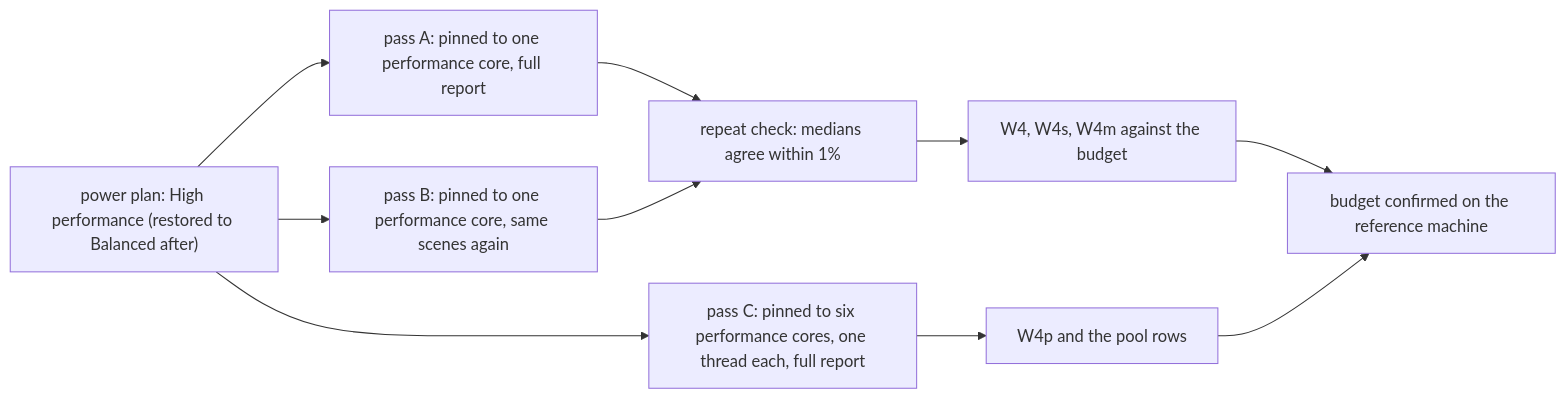
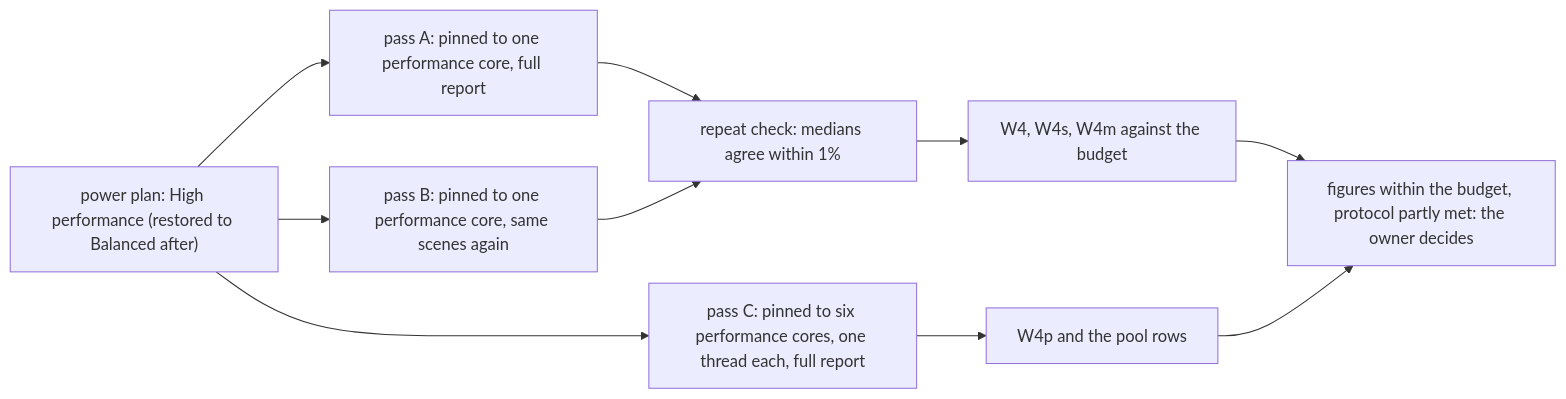
One commit to giamat90/DuckEngine changed the diagram in docs/budgets/physics-benchmark-8-85.md. Above: the diagram before and after it, drawn with Mermaid. The commit also changed other lines of this file and 1 other file, not shown here.

````diff
--- a/docs/budgets/physics-benchmark-8-85.md
+++ b/docs/budgets/physics-benchmark-8-85.md
@@ -5,12 +5,12 @@
 ```mermaid
 flowchart LR
   P["power plan: High performance (restored to Balanced after)"] --> A["pass A: pinned to one performance core, full report"]
   P --> B["pass B: pinned to one performance core, same scenes again"]
   P --> C["pass C: pinned to six performance cores, one thread each, full report"]
   A --> R["repeat check: medians agree within 1%"]
   B --> R
   R --> T["W4, W4s, W4m against the budget"]
   C --> W["W4p and the pool rows"]
-  T --> V["budget confirmed on the reference machine"]
+  T --> V["figures within the budget, protocol partly met: the owner decides"]
   W --> V
 ```
````
